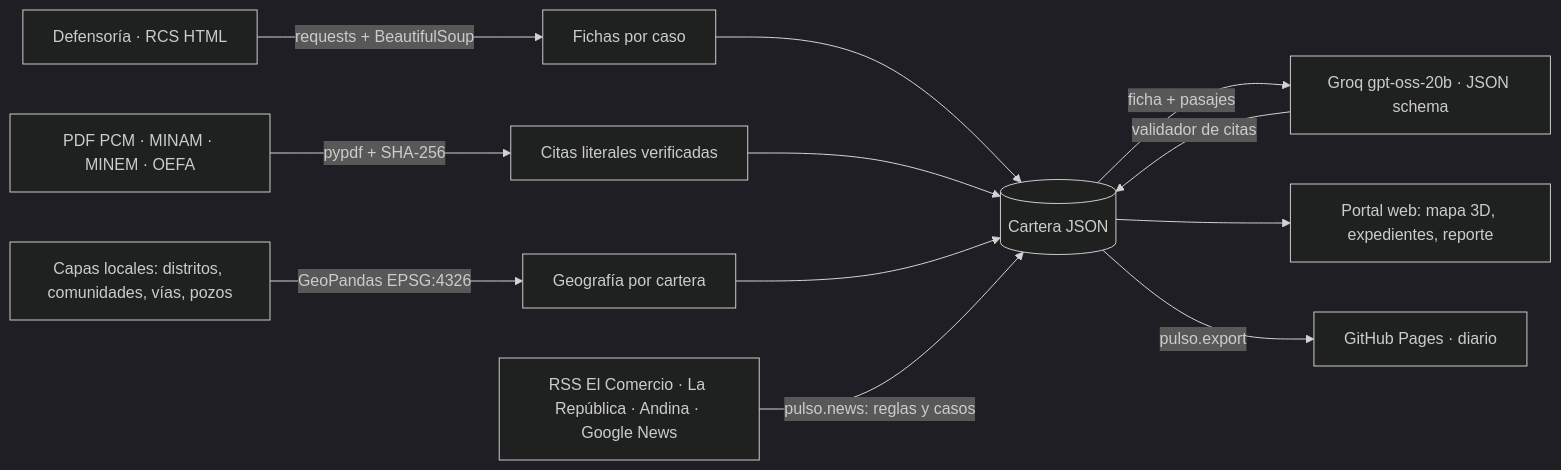
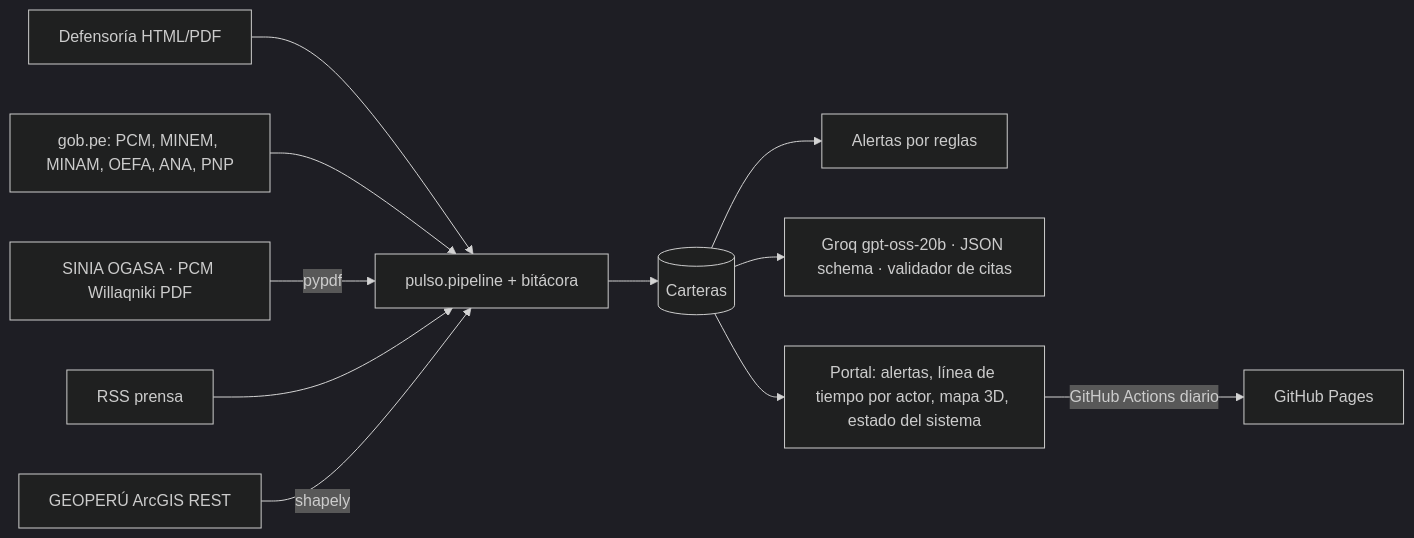
Before and after one commit to AlexNoblejas/pulso-territorial: the diagram in README.md, drawn with Mermaid (dark theme). The commit also changed other lines of this file and 12 other files, not shown here.

First line of the commit message:
Bitácora honesta, copia más reciente y estación local para fuentes del MINAM

````diff
--- a/README.md
+++ b/README.md
@@ -56,14 +78,13 @@
 ```mermaid
 flowchart LR
- A[Defensoría · RCS HTML] -->|requests + BeautifulSoup| B[Fichas por caso]
- P[PDF PCM · MINAM · MINEM · OEFA] -->|pypdf + SHA-256| Q[Citas literales verificadas]
- G[Capas locales: distritos, comunidades, vías, pozos] -->|GeoPandas EPSG:4326| M[Geografía por cartera]
- B --> E[(Cartera JSON)]
- Q --> E
- M --> E
- N[RSS El Comercio · La República · Andina · Google News] -->|pulso.news: reglas y casos| E
- E -->|ficha + pasajes| L[Groq gpt-oss-20b · JSON schema]
- L -->|validador de citas| E
- E --> W[Portal web: mapa 3D, expedientes, reporte]
- E -->|pulso.export| S[GitHub Pages · diario]
+ D[Defensoría HTML/PDF] --> P
+ G[gob.pe: PCM, MINEM, MINAM, OEFA, ANA, PNP] --> P
+ S[SINIA OGASA · PCM Willaqniki PDF] -->|pypdf| P
+ N[RSS prensa] --> P
+ GE[GEOPERÚ ArcGIS REST] -->|shapely| P
+ P[pulso.pipeline + bitácora] --> E[(Carteras)]
+ E --> A[Alertas por reglas]
+ E --> L[Groq gpt-oss-20b · JSON schema · validador de citas]
+ E --> W[Portal: alertas, línea de tiempo por actor, mapa 3D, estado del sistema]
+ W -->|GitHub Actions diario| X[GitHub Pages]
 ```
````
